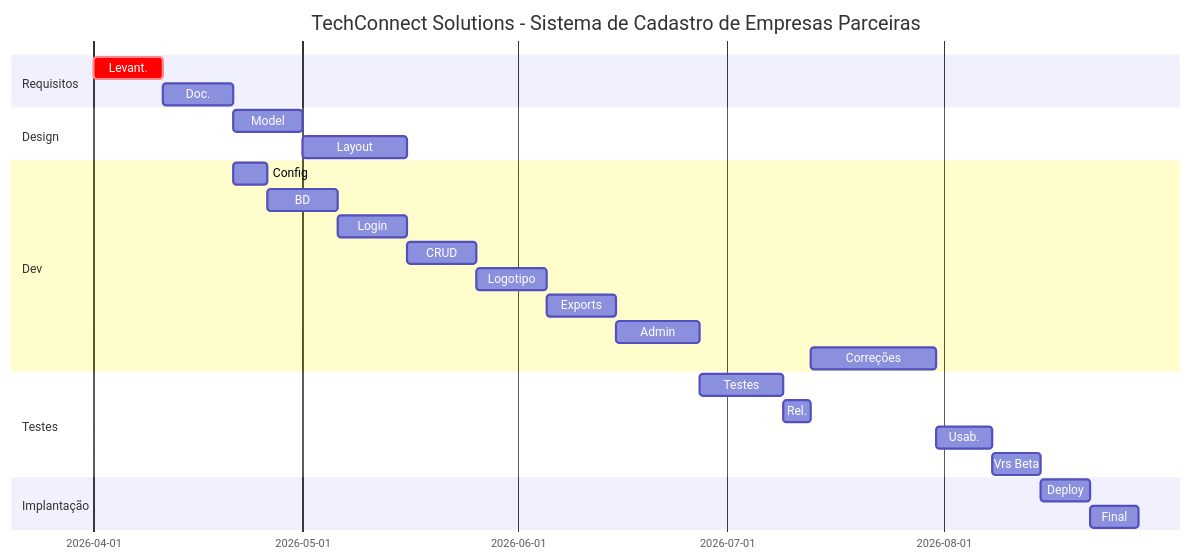
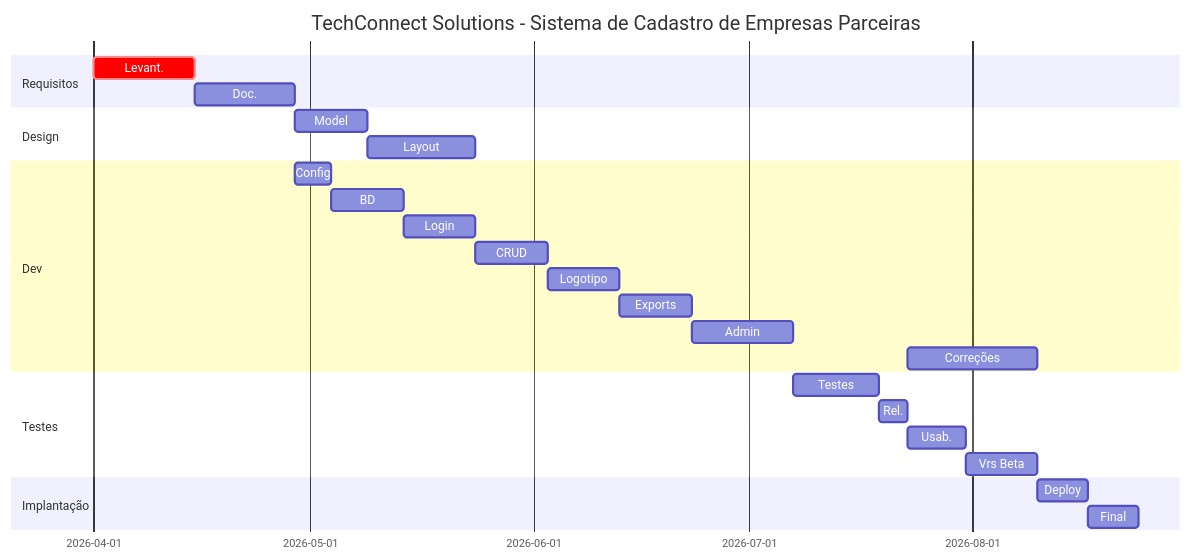
Before and after one commit to MaxPichy/teste_gannt3: the diagram in ATIVIDADE1.md, drawn with Mermaid. The commit also changed other lines of this file, not shown here.

````diff
--- a/ATIVIDADE1.md
+++ b/ATIVIDADE1.md
@@ -1,33 +1,33 @@
 ```mermaid
 gantt
     title TechConnect Solutions - Sistema de Cadastro de Empresas Parceiras
     dateFormat YYYY-MM-DD
     
     section Requisitos
-    Levant.                    :crit, req, 2026-04-01, 10d
-    Doc.                       :doc, after req, 10d
+    Levant.                    :crit, req, 2026-04-01, 14d
+    Doc.                       :doc, after req, 14d
     
     section Design
     Model                      :mod, after doc, 10d
     Layout                     :lay, after mod, 15d
     
     section Dev
     Config                     :cfg, after doc, 5d
     BD                         :bd, after cfg, 10d
     Login                      :lgn, after bd, 10d
     CRUD                       :crd, after lgn, 10d
     Logotipo                   :lgt, after crd, 10d
     Exports                    :exp, after lgt, 10d
-    Admin                      :adm, after exp, 12d
+    Admin                      :adm, after exp, 14d
     Correções                  :cor, after rel, 18d
     
     section Testes
     Testes                      :tst, after adm, 12d
     Rel.                        :rel, after tst, 4d
-    Usab.                       :usb, after cor, 8d
-    Vrs Beta                    :beta, after usb, 7d
+    Usab.                       :usb, after rel, 8d
+    Vrs Beta                    :beta, after usb, 10d
     
     section Implantação
     Deploy                      :deploy, after beta, 7d
     Final                       :entrega, after deploy, 7d
 ```
````
